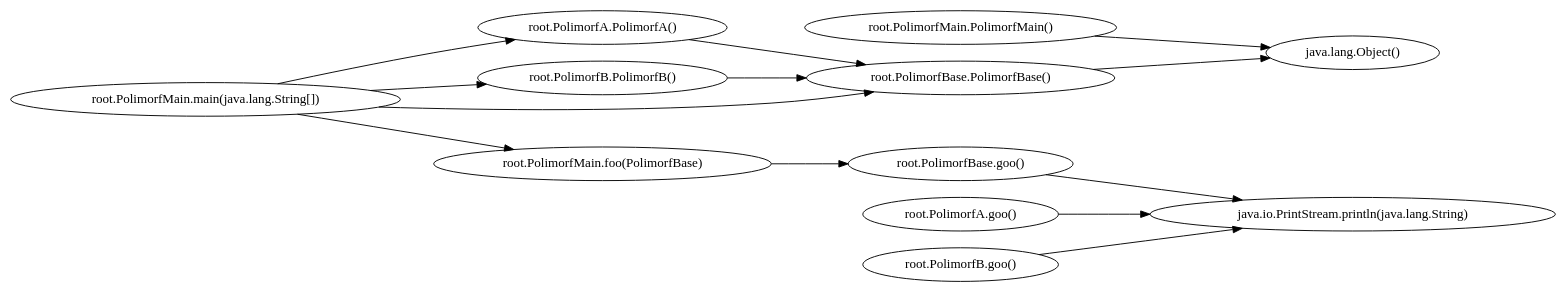
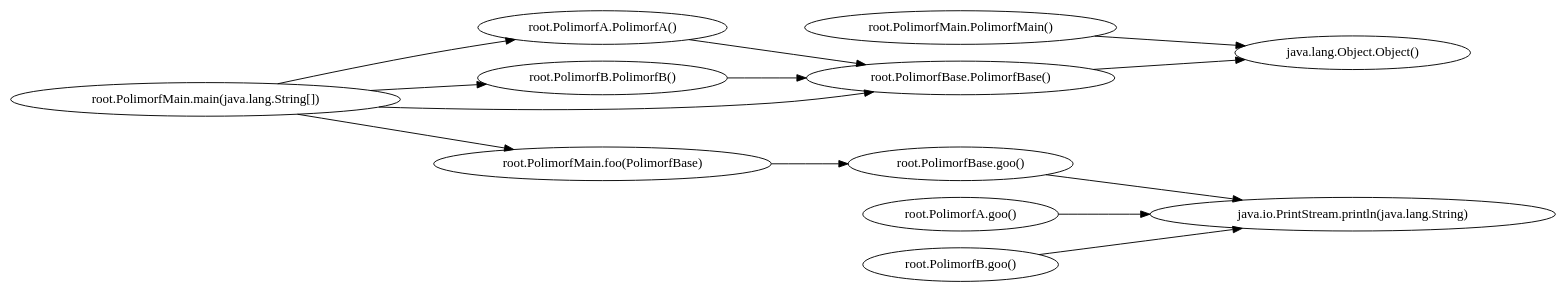
One commit to sagodiz/diff_for_CG changed the diagram in bemenetek/spoon/java_samples/PolimorfMain.dot. Above: the diagram before and after it, drawn with Graphviz. The commit also changed 57 other files, not shown here.

```diff
--- a/bemenetek/spoon/java_samples/PolimorfMain.dot
+++ b/bemenetek/spoon/java_samples/PolimorfMain.dot
@@ -1,26 +1,26 @@
 digraph graphname {
 rankdir="LR";
 0 [label="root.PolimorfA.PolimorfA()"]
 4 [label="root.PolimorfB.PolimorfB()"]
 1 [label="root.PolimorfBase.PolimorfBase()"]
 8 [label="root.PolimorfMain.PolimorfMain()"]
 10 [label="root.PolimorfMain.foo(PolimorfBase)"]
 2 [label="root.PolimorfA.goo()"]
 7 [label="root.PolimorfBase.goo()"]
 5 [label="root.PolimorfB.goo()"]
-6 [label="java.lang.Object()"]
+6 [label="java.lang.Object.Object()"]
 9 [label="root.PolimorfMain.main(java.lang.String[])"]
 3 [label="java.io.PrintStream.println(java.lang.String)"]
 0 -> 1
 1 -> 6
 2 -> 3
 4 -> 1
 5 -> 3
 7 -> 3
 8 -> 6
 9 -> 0
 9 -> 1
 9 -> 4
 9 -> 10
 10 -> 7
 }
```
